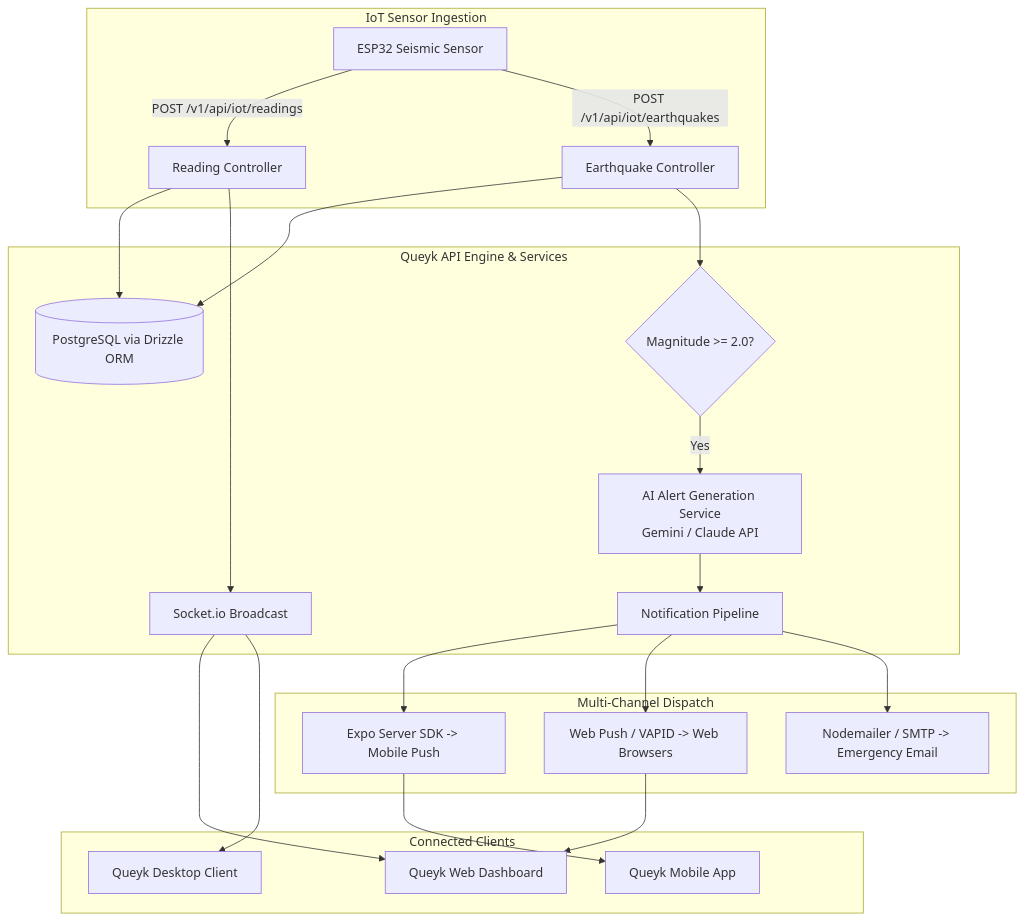
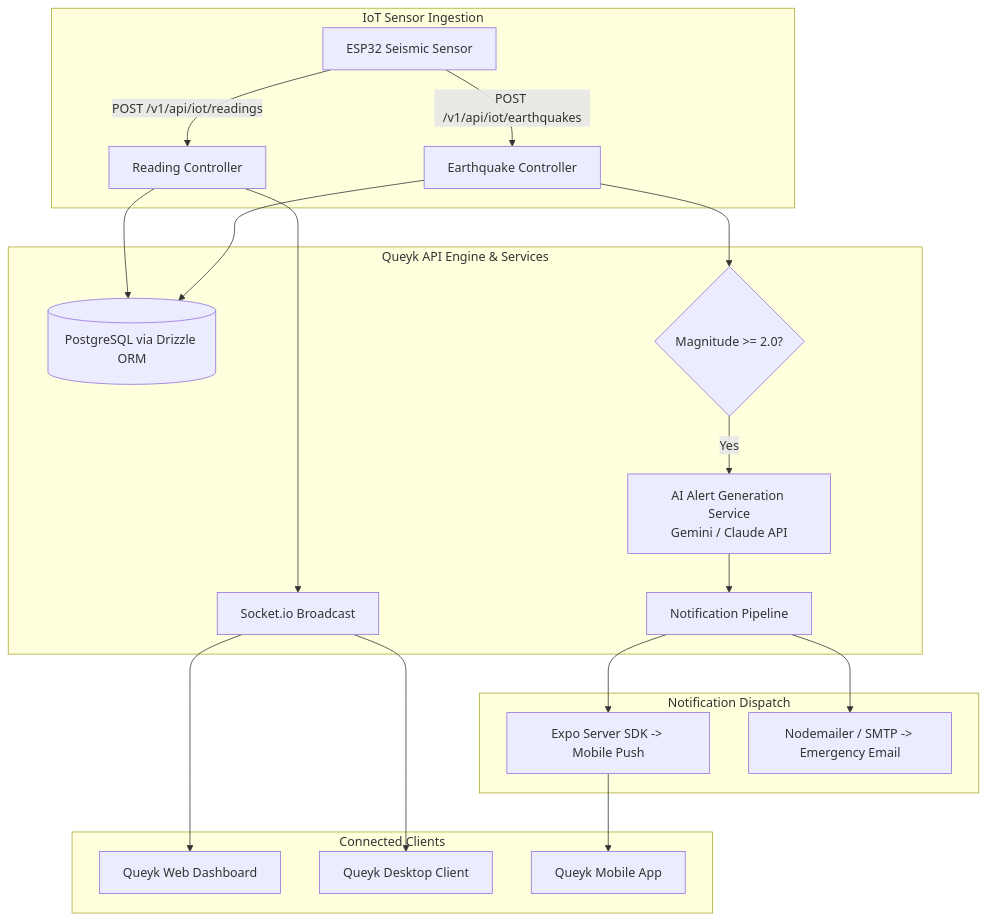
One commit to project-queyk/queyk-backend changed the diagram in README.md. Above: the diagram before and after it, drawn with Mermaid. The commit also changed other lines of this file and 6 other files, not shown here.

Commit message:
chore: remove web push notifications

````diff
--- a/README.md
+++ b/README.md
@@ -38,29 +37,27 @@
 ```mermaid
 flowchart TD
     subgraph Ingestion ["IoT Sensor Ingestion"]
         A[ESP32 Seismic Sensor] -->|"POST /v1/api/iot/readings"| B[Reading Controller]
         A -->|"POST /v1/api/iot/earthquakes"| C[Earthquake Controller]
     end
 
     subgraph CoreEngine ["Queyk API Engine & Services"]
         B --> D[(PostgreSQL via Drizzle ORM)]
         C --> D
         B --> E[Socket.io Broadcast]
         C --> F{Magnitude >= 2.0?}
         F -- Yes --> G[AI Alert Generation Service\nGemini / Claude API]
         G --> H[Notification Pipeline]
     end
 
-    subgraph NotificationChannels ["Multi-Channel Dispatch"]
+    subgraph NotificationChannels ["Notification Dispatch"]
         H --> I[Expo Server SDK -> Mobile Push]
-        H --> J[Web Push / VAPID -> Web Browsers]
-        H --> K[Nodemailer / SMTP -> Emergency Email]
+        H --> J[Nodemailer / SMTP -> Emergency Email]
     end
 
     subgraph Clients ["Connected Clients"]
-        E --> L[Queyk Web Dashboard]
-        E --> M[Queyk Desktop Client]
-        I --> N[Queyk Mobile App]
-        J --> L
+        E --> K[Queyk Web Dashboard]
+        E --> L[Queyk Desktop Client]
+        I --> M[Queyk Mobile App]
     end
 ```
````
